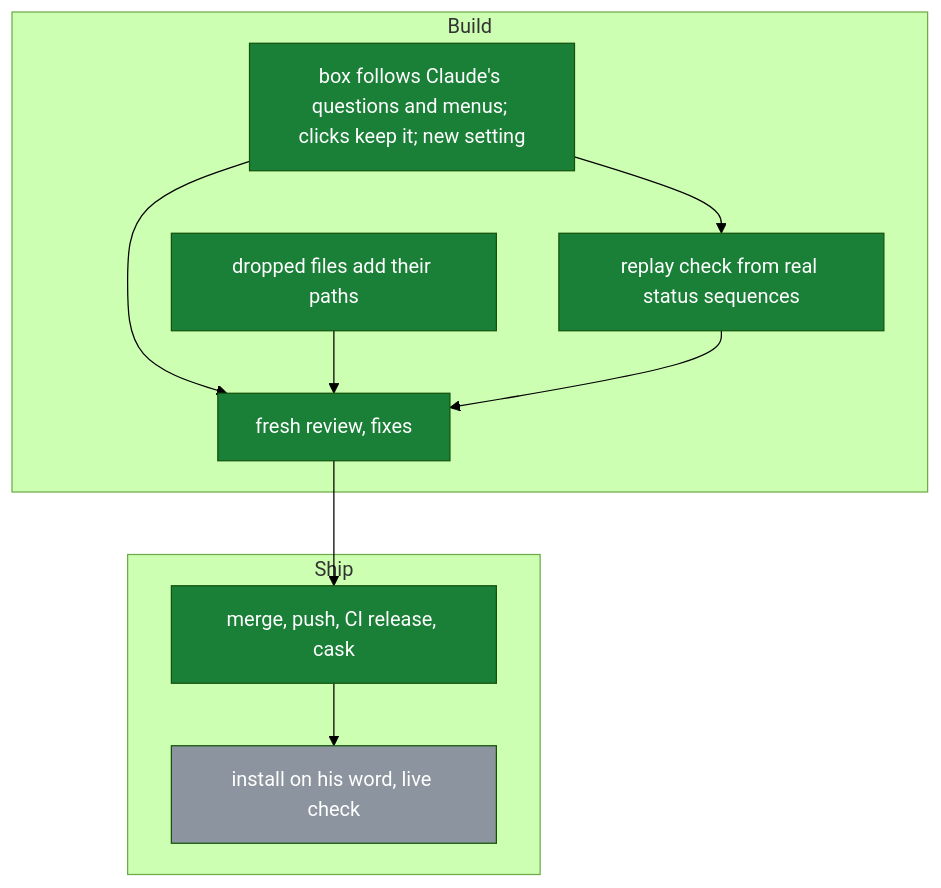
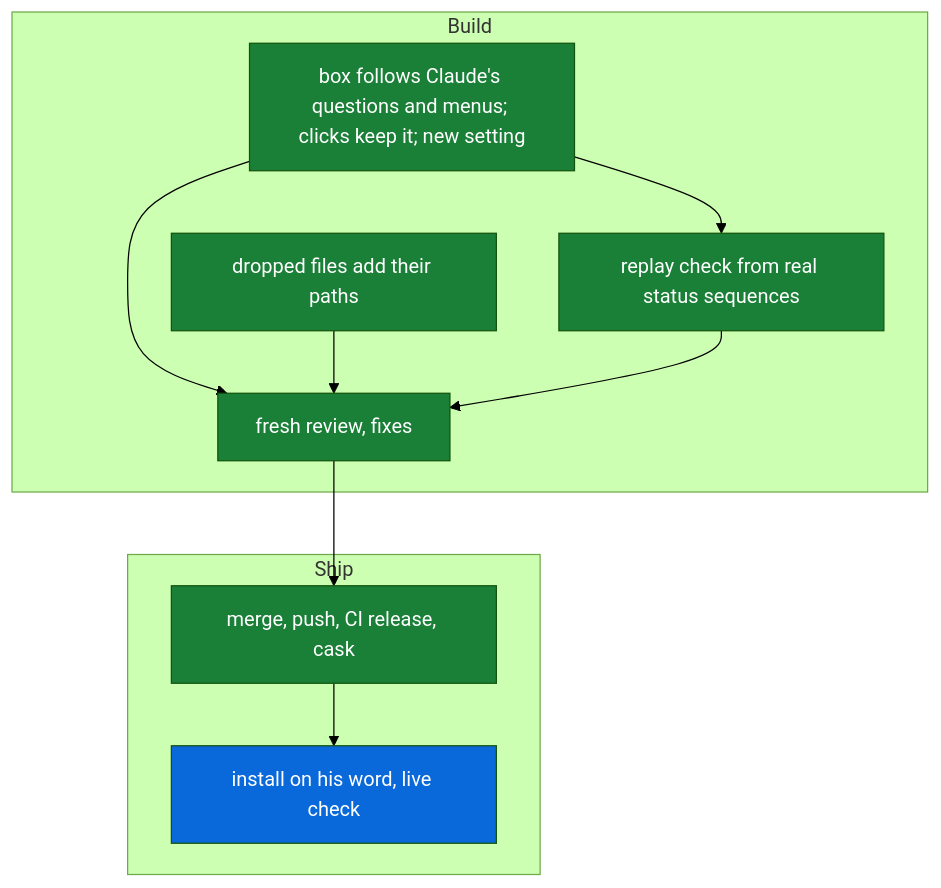
Before and after one commit to michaeljryoung/patton: the diagram in docs/compose-box.md, drawn with Mermaid (forest theme). The commit also changed other lines of this file and 4 other files, not shown here.

Commit message:
Notes: v1.31.0 installed from its tag with Patton quit; ship checks live (S57) [no-release]

````diff
--- a/docs/compose-box.md
+++ b/docs/compose-box.md
@@ -10,25 +10,25 @@
 ```mermaid
 flowchart TD
   subgraph B["Build"]
     box_core[box follows Claude's questions and menus; clicks keep it; new setting]:::done
     box_drop[dropped files add their paths]:::done
     box_replay[replay check from real status sequences]:::done
     box_review[fresh review, fixes]:::done
   end
   subgraph S["Ship"]
     box_release[merge, push, CI release, cask]:::done
-    box_ship[install on his word, live check]:::todo
+    box_ship[install on his word, live check]:::live
   end
   box_core --> box_replay
   box_core --> box_review
   box_drop --> box_review
   box_replay --> box_review
   box_review --> box_release
   box_release --> box_ship
   classDef done fill:#1a7f37,color:#fff
   classDef live fill:#0969da,color:#fff
   classDef todo fill:#8c959f,color:#fff
   classDef blocked fill:#cf222e,color:#fff
   classDef dropped fill:#eaeef2,color:#57606a
   classDef superseded fill:#eaeef2,color:#57606a
 ```
````
